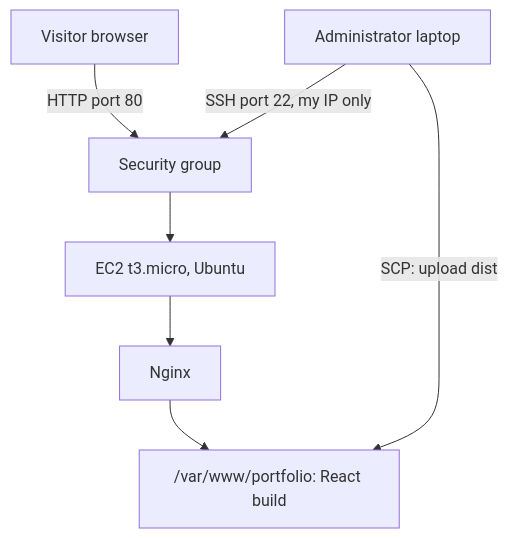
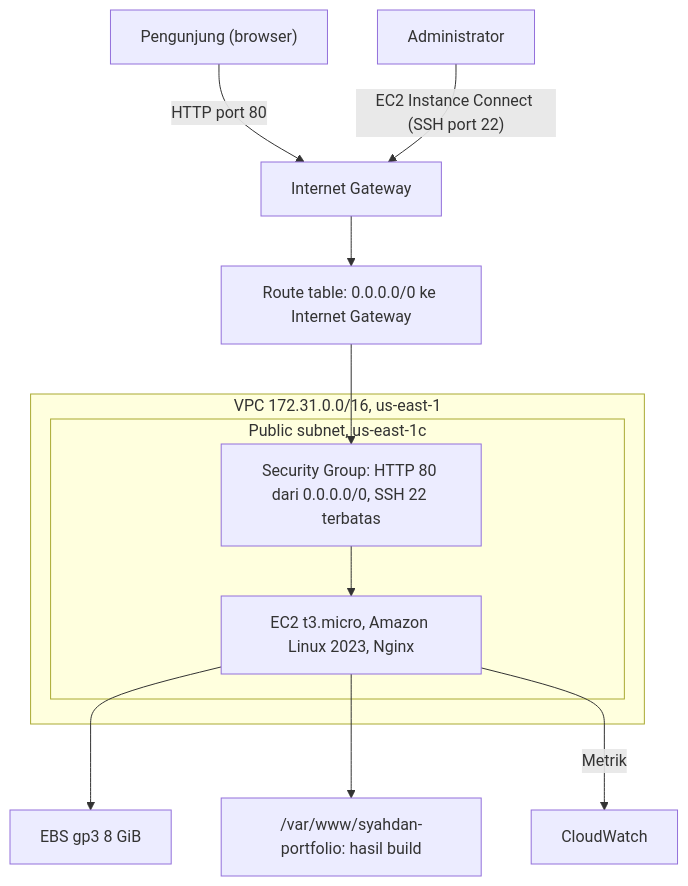
The first of 2 diagrams in architecture/architecture.md (Syahdan24-Danz/syahdanf), drawn with Mermaid before and after one commit. The commit also changed other lines of this file and 36 other files, not shown here.

````diff
--- a/architecture/architecture.md
+++ b/architecture/architecture.md
@@ -11,9 +9,17 @@
 ```mermaid
 flowchart TD
-    V["Visitor browser"] -->|HTTP port 80| SG["Security group"]
-    A["Administrator laptop"] -->|SSH port 22, my IP only| SG
-    SG --> E["EC2 t3.micro, Ubuntu"]
-    E --> N["Nginx"]
-    N --> W["/var/www/portfolio: React build"]
-    A -->|SCP: upload dist| W
+    V["Pengunjung (browser)"] -->|"HTTP port 80"| IGW["Internet Gateway"]
+    A["Administrator"] -->|"EC2 Instance Connect (SSH port 22)"| IGW
+    IGW --> RT["Route table: 0.0.0.0/0 ke Internet Gateway"]
+    RT --> SG["Security Group: HTTP 80 dari 0.0.0.0/0, SSH 22 terbatas"]
+
+    subgraph VPC["VPC 172.31.0.0/16, us-east-1"]
+        subgraph SUB["Public subnet, us-east-1c"]
+            SG --> EC2["EC2 t3.micro, Amazon Linux 2023, Nginx"]
+        end
+    end
+
+    EC2 --> EBS["EBS gp3 8 GiB"]
+    EC2 --> WEB["/var/www/syahdan-portfolio: hasil build"]
+    EC2 -->|"Metrik"| CW["CloudWatch"]
 ```
````
